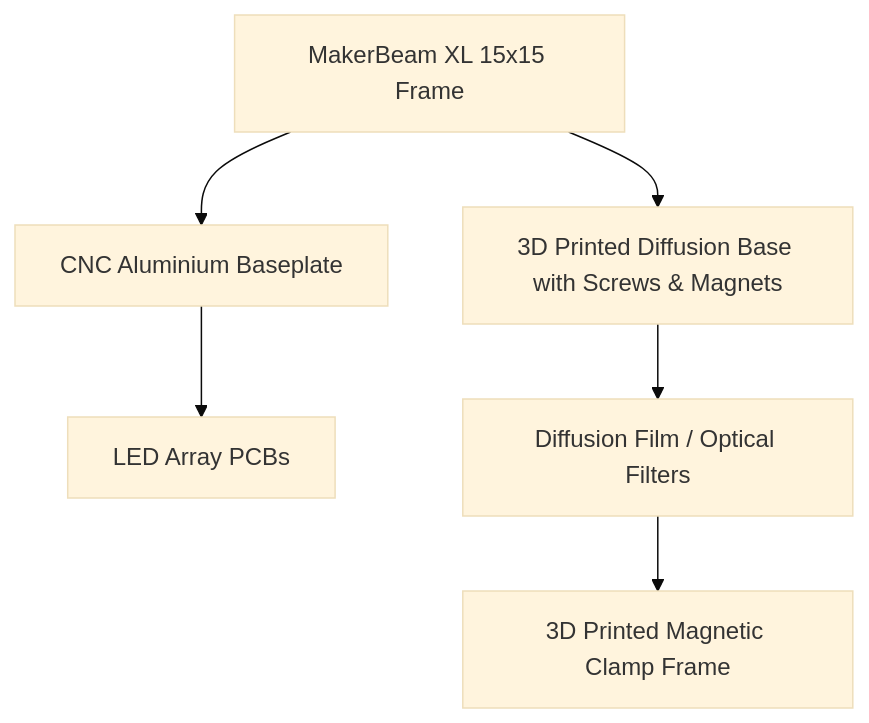
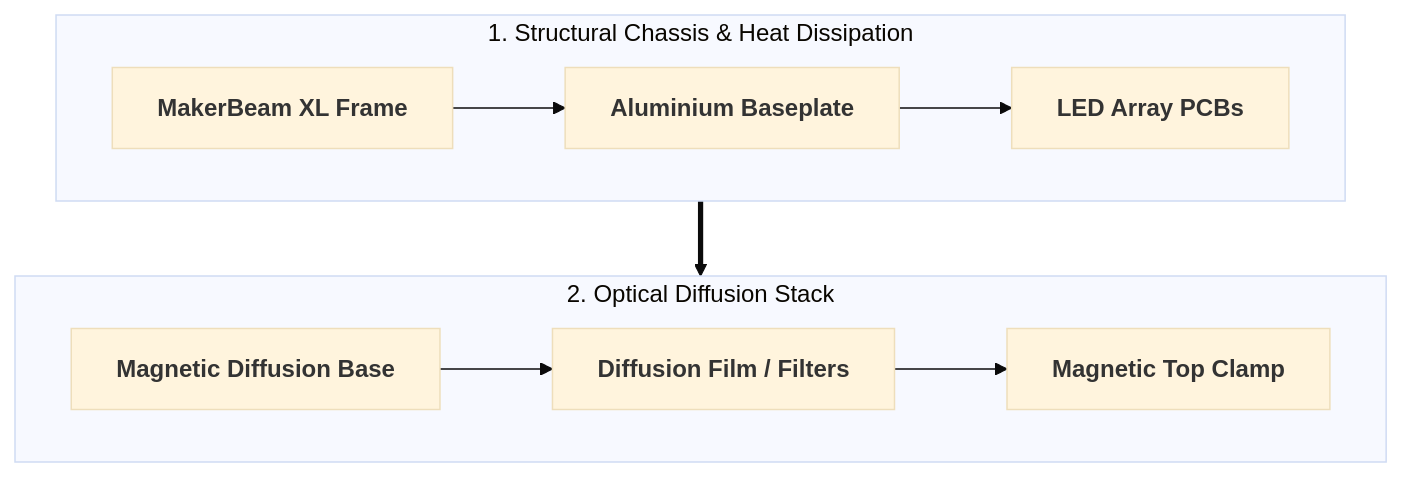
The diagram in docs/1-hardware/enclosure-and-optics/panel-enclosure.md (SaleemLab/LEDStimulation), drawn with Mermaid (base theme) before and after one commit. The commit also changed 25 other files, not shown here.

````diff
--- a/docs/1-hardware/enclosure-and-optics/panel-enclosure.md
+++ b/docs/1-hardware/enclosure-and-optics/panel-enclosure.md
@@ -9,8 +9,20 @@
 ```mermaid
-graph TD
-    Frame[MakerBeam XL 15x15 Frame] --> Baseplate[CNC Aluminium Baseplate]
-    Baseplate --> PCBs[LED Array PCBs]
-    Frame --> DiffuserBase[3D Printed Diffusion Base with Screws & Magnets]
-    DiffuserBase --> Sheet[Diffusion Film / Optical Filters]
-    Sheet --> Clamp[3D Printed Magnetic Clamp Frame]
+flowchart TD
+    subgraph Structure["1. Structural Chassis & Heat Dissipation"]
+        direction LR
+        Frame["<b>MakerBeam XL Frame</b>"]
+        Baseplate["<b>Aluminium Baseplate</b>"]
+        PCBs["<b>LED Array PCBs</b>"]
+        Frame --> Baseplate --> PCBs
+    end
+
+    subgraph Optical["2. Optical Diffusion Stack"]
+        direction LR
+        DiffBase["<b>Magnetic Diffusion Base</b>"]
+        Film["<b>Diffusion Film / Filters</b>"]
+        Clamp["<b>Magnetic Top Clamp</b>"]
+        DiffBase --> Film --> Clamp
+    end
+
+    Structure ==> Optical
 ```
````
